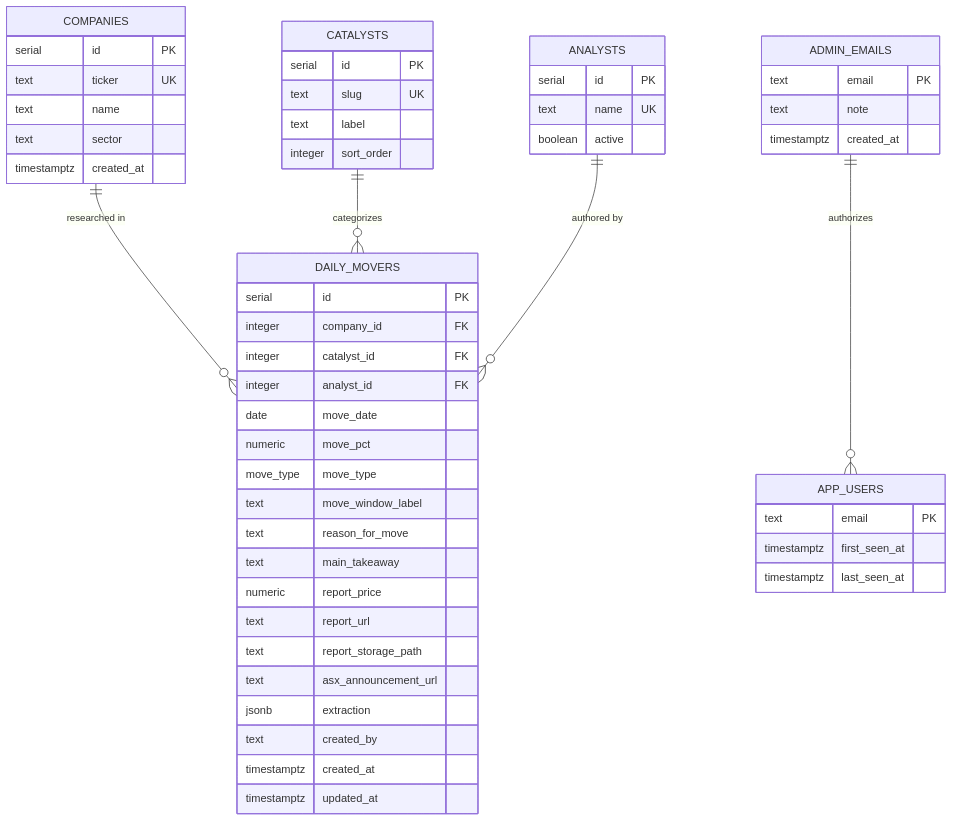
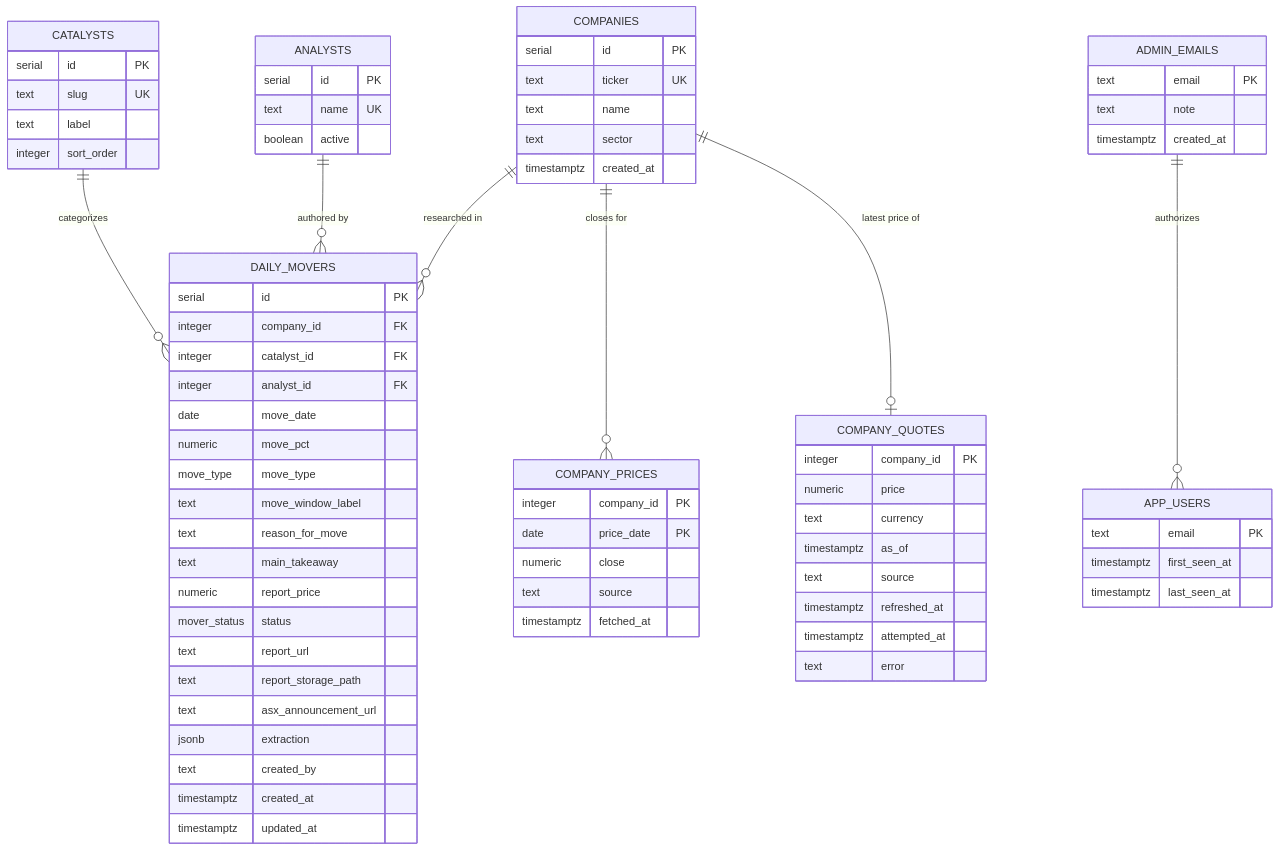
One commit to Vitti-Capital-Tech/daily-movers-dashboard changed the first of 5 diagrams in docs/LLD.md. Above: the diagram before and after it, drawn with Mermaid. The commit also changed other lines of this file and 18 other files, not shown here.

```diff
--- a/docs/LLD.md
+++ b/docs/LLD.md
@@ -91,6 +103,8 @@
     COMPANIES ||--o{ DAILY_MOVERS : "researched in"
     CATALYSTS ||--o{ DAILY_MOVERS : "categorizes"
     ANALYSTS ||--o{ DAILY_MOVERS : "authored by"
+    COMPANIES ||--o{ COMPANY_PRICES : "closes for"
+    COMPANIES ||--o| COMPANY_QUOTES : "latest price of"
     ADMIN_EMAILS ||--o{ APP_USERS : "authorizes"
 
     COMPANIES {
@@ -126,6 +140,7 @@
         text reason_for_move
         text main_takeaway
         numeric report_price
+        mover_status status
         text report_url
         text report_storage_path
         text asx_announcement_url
@@ -133,6 +148,25 @@
         text created_by
         timestamptz created_at
         timestamptz updated_at
+    }
+
+    COMPANY_PRICES {
+        integer company_id PK
+        date price_date PK
+        numeric close
+        text source
+        timestamptz fetched_at
+    }
+
+    COMPANY_QUOTES {
+        integer company_id PK
+        numeric price
+        text currency
+        timestamptz as_of
+        text source
+        timestamptz refreshed_at
+        timestamptz attempted_at
+        text error
     }
 
     ADMIN_EMAILS {
```
